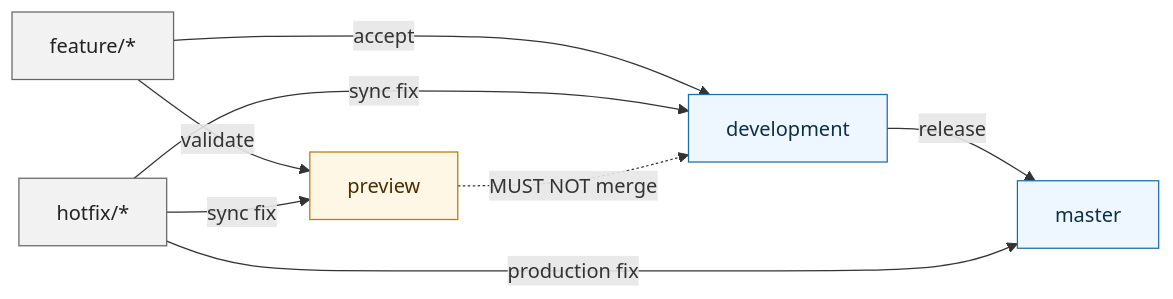
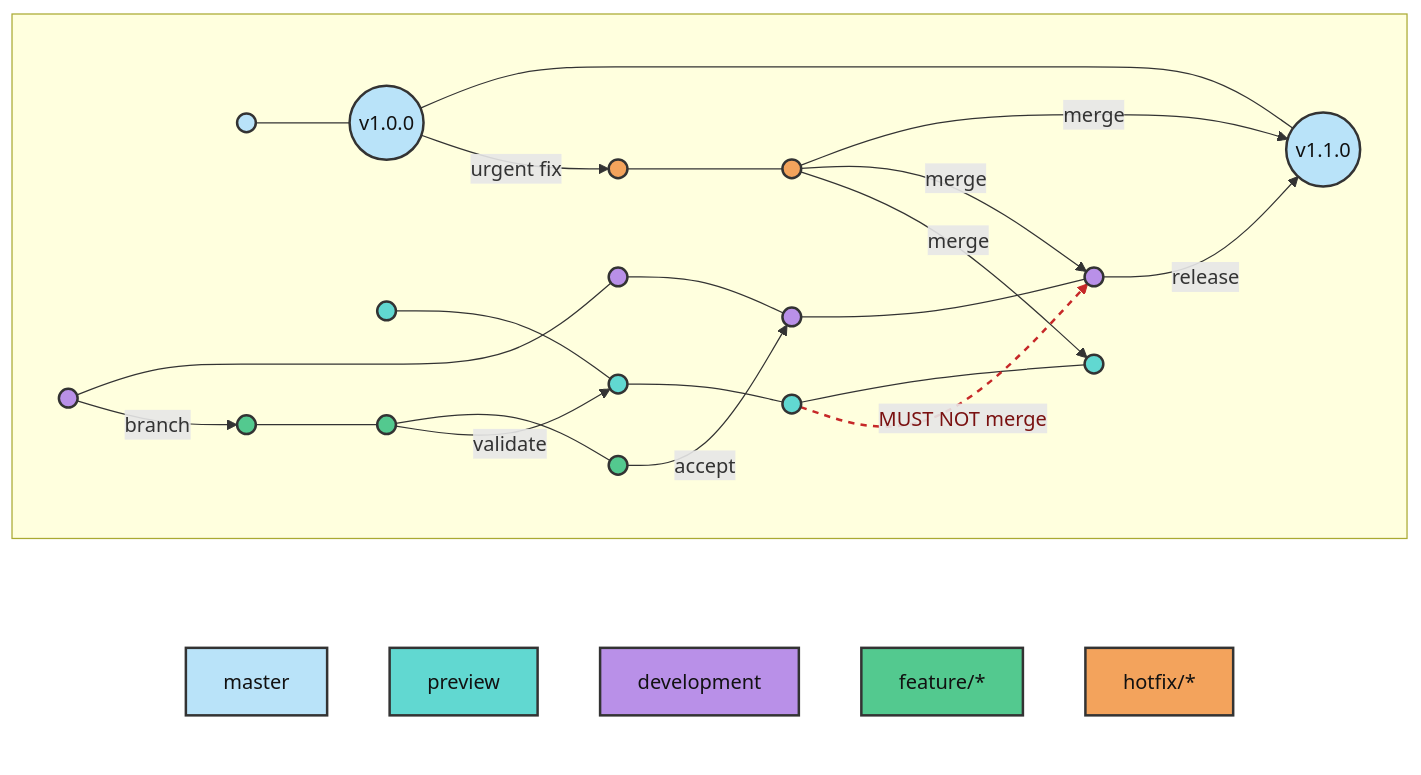
One commit to JoseManuelKun/gitflow-preview changed the diagram in diagrams/main-flow.mmd. Above: the diagram before and after it, drawn with Mermaid. The commit also changed 1 other file, not shown here.

Commit message:
docs: update diagrams to gitflow-style timelines

```diff
--- a/diagrams/main-flow.mmd
+++ b/diagrams/main-flow.mmd
@@ -1,17 +1,69 @@
+%% GitFlow Preview main branch model.
+%% Styled as a timeline to resemble the classic GitFlow documentation diagrams.
 flowchart LR
-    F["feature/*"] -->|validate| P["preview"]
-    F -->|accept| D["development"]
-    D -->|release| M["master"]
-    H["hotfix/*"] -->|production fix| M
-    H -->|sync fix| D
-    H -->|sync fix| P
-    P -. "MUST NOT merge" .-> D
+    subgraph legend[" "]
+        LM["master"]
+        LP["preview"]
+        LD["development"]
+        LF["feature/*"]
+        LH["hotfix/*"]
+    end
 
-    classDef source fill:#eef7ff,stroke:#1b6ca8,color:#0f2f44
-    classDef validation fill:#fff7e6,stroke:#bd7b00,color:#4a2e00
-    classDef work fill:#f2f2f2,stroke:#666,color:#222
-    classDef forbidden fill:#ffecec,stroke:#c62828,color:#7a1111,stroke-dasharray: 5 5
+    subgraph graph[" "]
+        direction LR
 
-    class M,D source
-    class P validation
-    class F,H work
+        M0((" "))
+        M1(("v1.0.0"))
+        M2(("v1.1.0"))
+
+        D0((" "))
+        D1((" "))
+        D2((" "))
+        D3((" "))
+
+        P0((" "))
+        P1((" "))
+        P2((" "))
+        P3((" "))
+
+        F0((" "))
+        F1((" "))
+        F2((" "))
+
+        H0((" "))
+        H1((" "))
+
+        M0 --- M1 --- M2
+        D0 --- D1 --- D2 --- D3
+        P0 --- P1 --- P2 --- P3
+        F0 --- F1 --- F2
+        H0 --- H1
+
+        D0 -->|branch| F0
+        F1 -->|validate| P1
+        F2 -->|accept| D2
+        D3 -->|release| M2
+
+        M1 -->|urgent fix| H0
+        H1 -->|merge| M2
+        H1 -->|merge| D3
+        H1 -->|merge| P3
+
+        P2 -. "MUST NOT merge" .-> D3
+    end
+
+    classDef master fill:#b9e3f9,stroke:#333,stroke-width:2px,color:#111
+    classDef preview fill:#61d8d1,stroke:#333,stroke-width:2px,color:#111
+    classDef development fill:#b990e8,stroke:#333,stroke-width:2px,color:#111
+    classDef feature fill:#53c98f,stroke:#333,stroke-width:2px,color:#111
+    classDef hotfix fill:#f3a35c,stroke:#333,stroke-width:2px,color:#111
+    classDef hidden fill:transparent,stroke:transparent,color:transparent
+
+    class LM,M0,M1,M2 master
+    class LP,P0,P1,P2,P3 preview
+    class LD,D0,D1,D2,D3 development
+    class LF,F0,F1,F2 feature
+    class LH,H0,H1 hotfix
+    class legend hidden
+
+    linkStyle 19 stroke:#c62828,stroke-width:2px,stroke-dasharray:5 5,color:#7a1111
```
